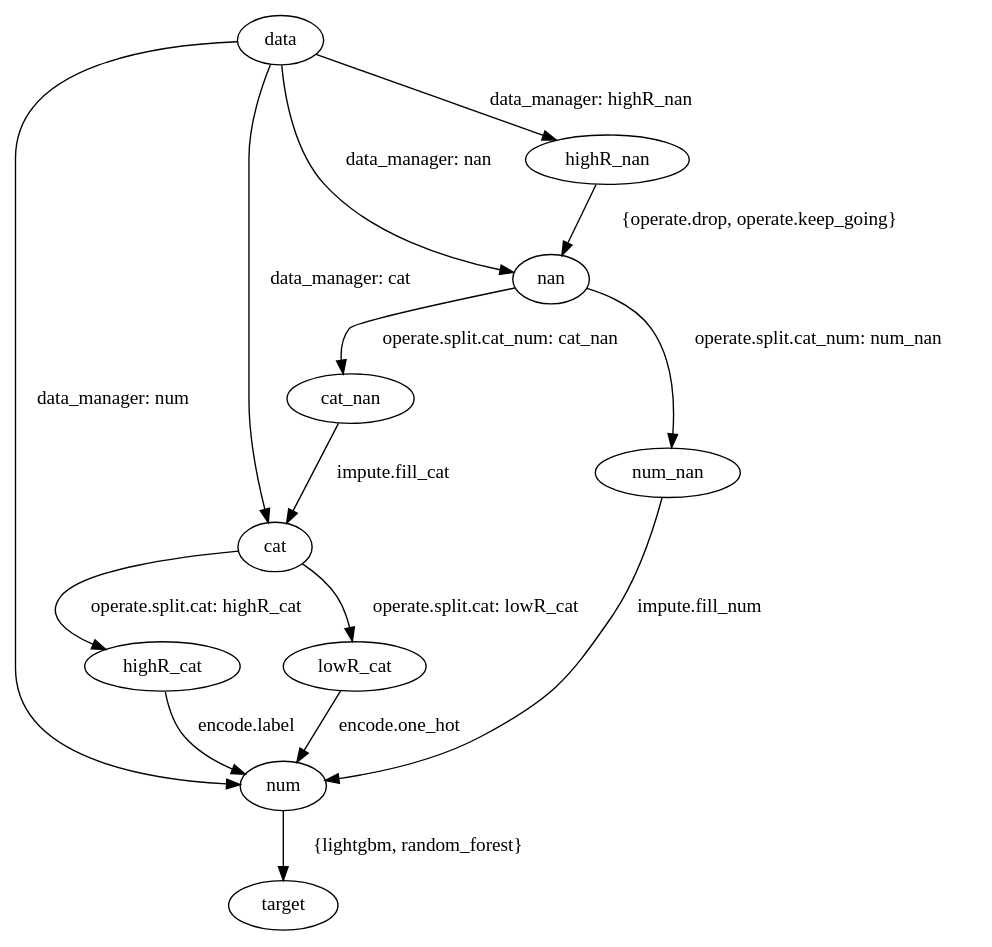
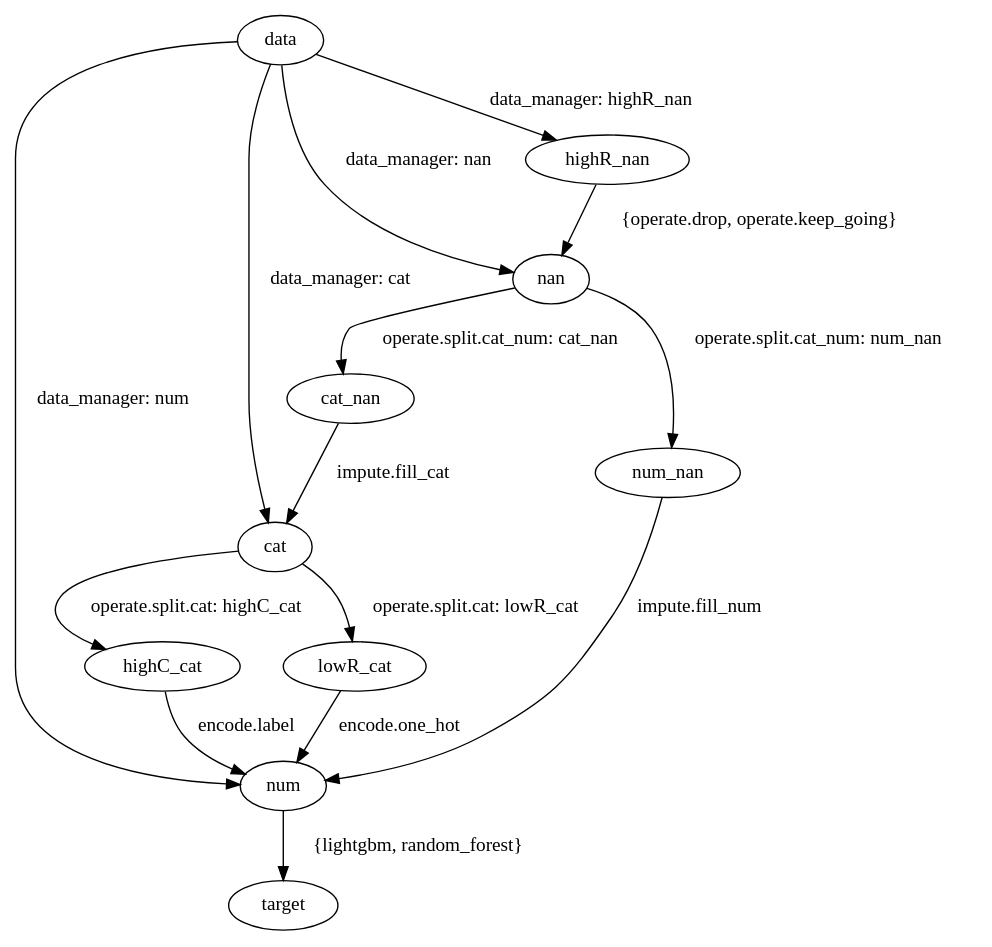
The eighth of 8 diagrams in docs/introduction.rst (auto-flow/auto-flow), drawn with Graphviz before and after one commit. The commit also changed other lines of this file and 32 other files, not shown here.

Commit message:
adaptive_imputer new feature_groups new hdl_constructor(support impute, delete index, add 'process_sequence')

```diff
--- a/docs/introduction.rst
+++ b/docs/introduction.rst
@@ -318,18 +318,18 @@
 .. graphviz::
 
    digraph estimating {
       "data" -> "cat" [ label="data_manager: cat" ];
       "data" -> "num" [ label="data_manager: num" ];
       "data" -> "nan" [ label="data_manager: nan" ];
       "data" -> "highR_nan" [ label="data_manager: highR_nan" ];
       "highR_nan" -> "nan" [ label="{operate.drop, operate.keep_going}" ];
       "nan" -> "cat_nan" [ label="operate.split.cat_num: cat_nan" ];
       "nan" -> "num_nan" [ label="operate.split.cat_num: num_nan" ];
       "cat_nan" -> "cat" [ label="impute.fill_cat" ];
       "num_nan" -> "num" [ label="impute.fill_num" ];
-      "cat" -> "highR_cat" [ label="operate.split.cat: highR_cat" ];
-      "highR_cat" -> "num" [ label="encode.label" ];
+      "cat" -> "highC_cat" [ label="operate.split.cat: highC_cat" ];
+      "highC_cat" -> "num" [ label="encode.label" ];
       "cat" -> "lowR_cat" [ label="operate.split.cat: lowR_cat" ];
       "lowR_cat" -> "num" [ label="encode.one_hot" ];
       "num" -> "target" [ label="{lightgbm, random_forest}" ];
    }
```
